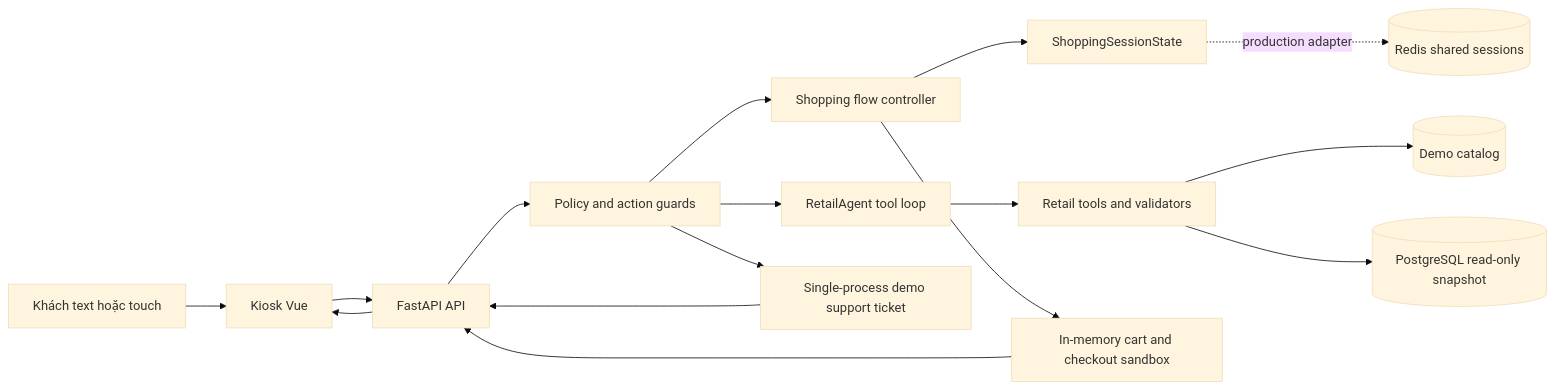
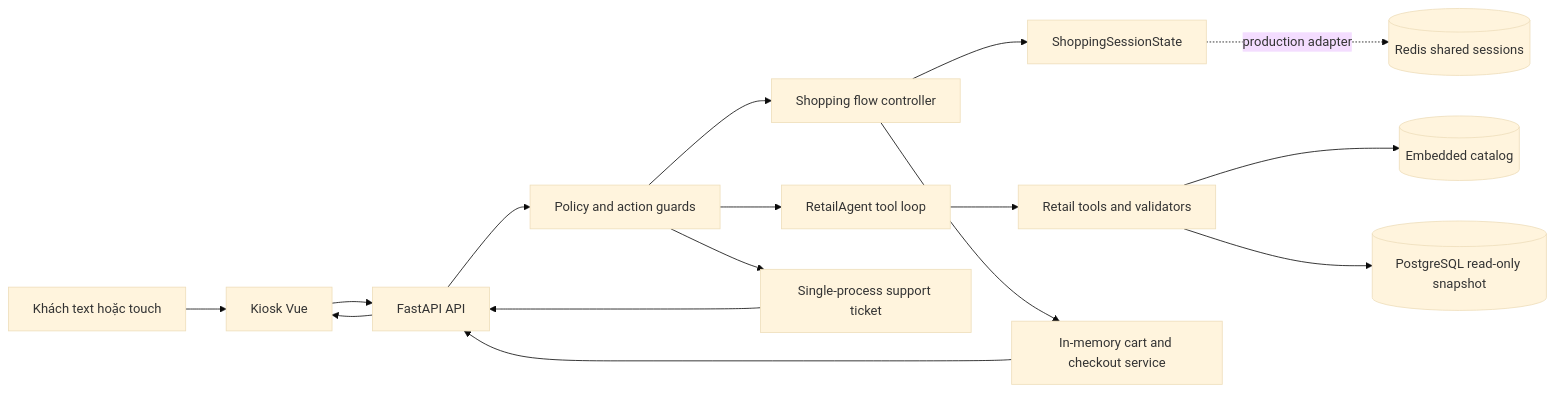
Before and after one commit to chinhdz102/Retail-AI-: the second of 3 diagrams in docs/reports/retail-ai-optimization-report.md, drawn with Mermaid (base theme). The commit also changed other lines of this file and 83 other files, not shown here.

```diff
--- a/docs/reports/retail-ai-optimization-report.md
+++ b/docs/reports/retail-ai-optimization-report.md
@@ -121,18 +121,18 @@
 ~~~mermaid
 flowchart LR
   USER[Khách text hoặc touch] --> UI[Kiosk Vue]
   UI --> API[FastAPI API]
   API --> GUARD[Policy and action guards]
   GUARD --> FLOW[Shopping flow controller]
   GUARD --> AGENT[RetailAgent tool loop]
   FLOW --> MEMORY[ShoppingSessionState]
   AGENT --> TOOLS[Retail tools and validators]
-  TOOLS --> DEMO[(Demo catalog)]
+  TOOLS --> DEMO[(Embedded catalog)]
   TOOLS --> PG[(PostgreSQL read-only snapshot)]
-  FLOW --> SHOP[In-memory cart and checkout sandbox]
-  GUARD --> TICKET[Single-process demo support ticket]
+  FLOW --> SHOP[In-memory cart and checkout service]
+  GUARD --> TICKET[Single-process support ticket]
   MEMORY -. production adapter .-> REDIS[(Redis shared sessions)]
   SHOP --> API
   TICKET --> API
   API --> UI
 ~~~
```
